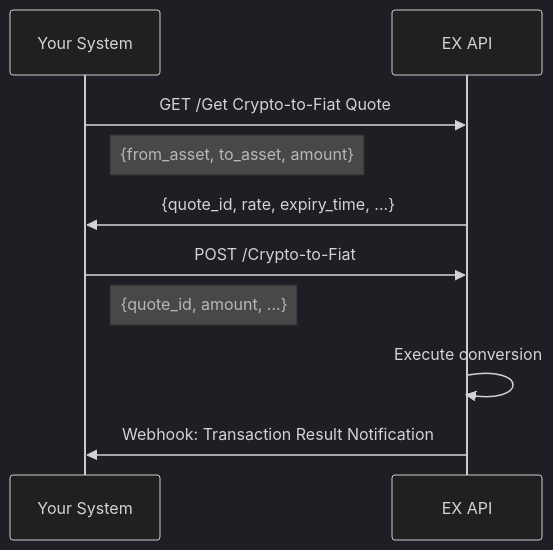
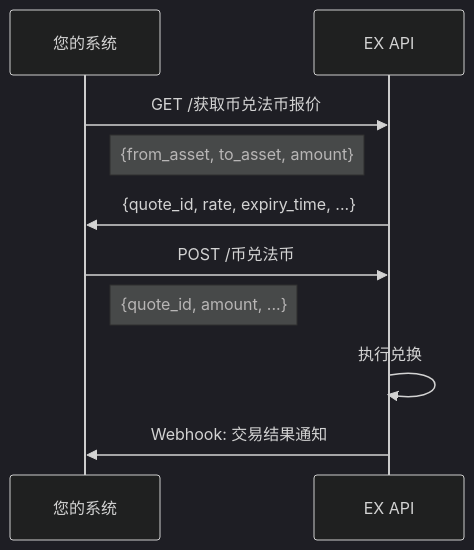
One commit to xiaoxiaoangie/EX-NEW changed diagram 16 of 16 in Solutions/solutions/crypto-solutions-cn.md. Above: the diagram before and after it, drawn with Mermaid (dark theme). The commit also changed other lines of this file and 36 other files, not shown here.

````diff
--- a/Solutions/solutions/crypto-solutions-cn.md
+++ b/Solutions/solutions/crypto-solutions-cn.md
@@ -503,13 +503,13 @@
 ```mermaid
 sequenceDiagram
-    participant You as Your System
+    participant You as 您的系统
     participant EX as EX API
 
-    You->>EX: GET /Get Crypto-to-Fiat Quote
+    You->>EX: GET /获取币兑法币报价
     Note right of You: {from_asset, to_asset, amount}
     EX->>You: {quote_id, rate, expiry_time, ...}
-    You->>EX: POST /Crypto-to-Fiat
+    You->>EX: POST /币兑法币
     Note right of You: {quote_id, amount, ...}
-    EX->>EX: Execute conversion
-    EX->>You: Webhook: Transaction Result Notification
+    EX->>EX: 执行兑换
+    EX->>You: Webhook: 交易结果通知
 ```
````
